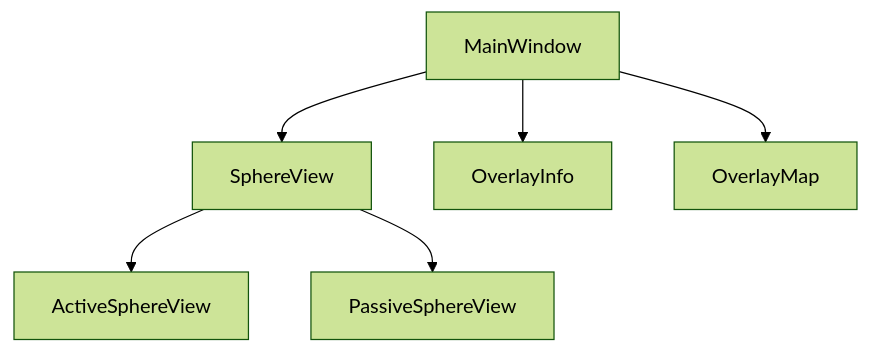
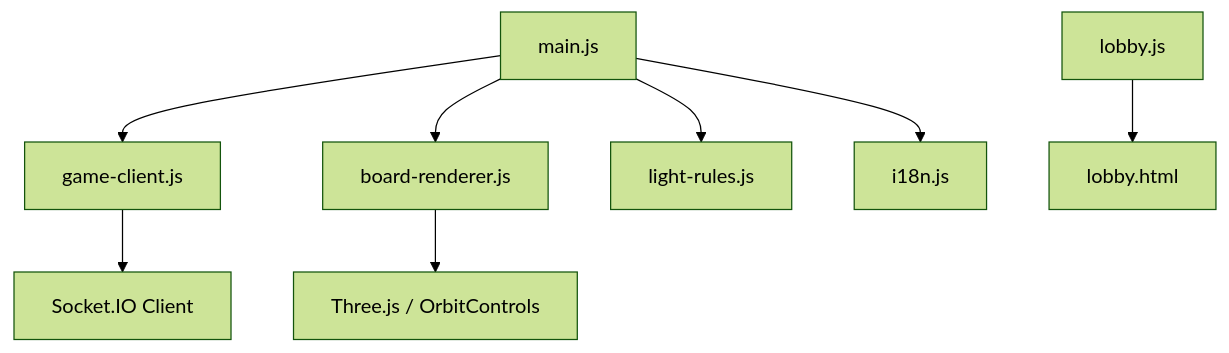
One commit to spherical-go/polyclash changed the second of 7 diagrams in docs/04_architecture.md. Above: the diagram before and after it, drawn with Mermaid (forest theme). The commit also changed other lines of this file and 28 other files, not shown here.

First line of the commit message:
feat: team server mode — user accounts, lobby, board persistence, cloud deploy

````diff
--- a/docs/04_architecture.md
+++ b/docs/04_architecture.md
@@ -44,9 +44,11 @@
 ```mermaid
 graph TD
-    A[MainWindow] --> B[SphereView]
-    A --> C[OverlayInfo]
-    A --> D[OverlayMap]
+    A[main.js] --> B[game-client.js]
+    A --> C[board-renderer.js]
+    A --> D[light-rules.js]
+    A --> E[i18n.js]
 
-    B --> B1[ActiveSphereView]
-    B --> B2[PassiveSphereView]
+    F[lobby.js] --> G[lobby.html]
+    B --> H[Socket.IO Client]
+    C --> I[Three.js / OrbitControls]
 ```
````
